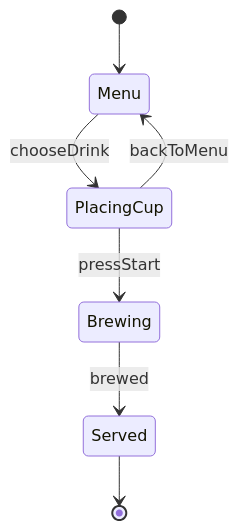
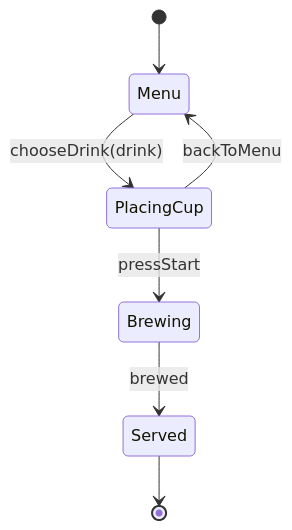
Before and after one commit to super-himetan/zenn-content: the diagram in articles/mermaid-machine-content-mapper.md, drawn with Mermaid. The commit also changed other lines of this file and 1 other file, not shown here.

````diff
--- a/articles/mermaid-machine-content-mapper.md
+++ b/articles/mermaid-machine-content-mapper.md
@@ -32,9 +24,11 @@
 ```mermaid
 stateDiagram-v2
+  %% field drink: "コーヒー" | "カフェラテ" | "抹茶ラテ"
+
   [*] --> Menu
-  Menu --> PlacingCup: chooseDrink
+  Menu --> PlacingCup: chooseDrink(drink)
   PlacingCup --> Menu: backToMenu
   PlacingCup --> Brewing: pressStart
   Brewing --> Served: brewed
   Served --> [*]
 ```
````
